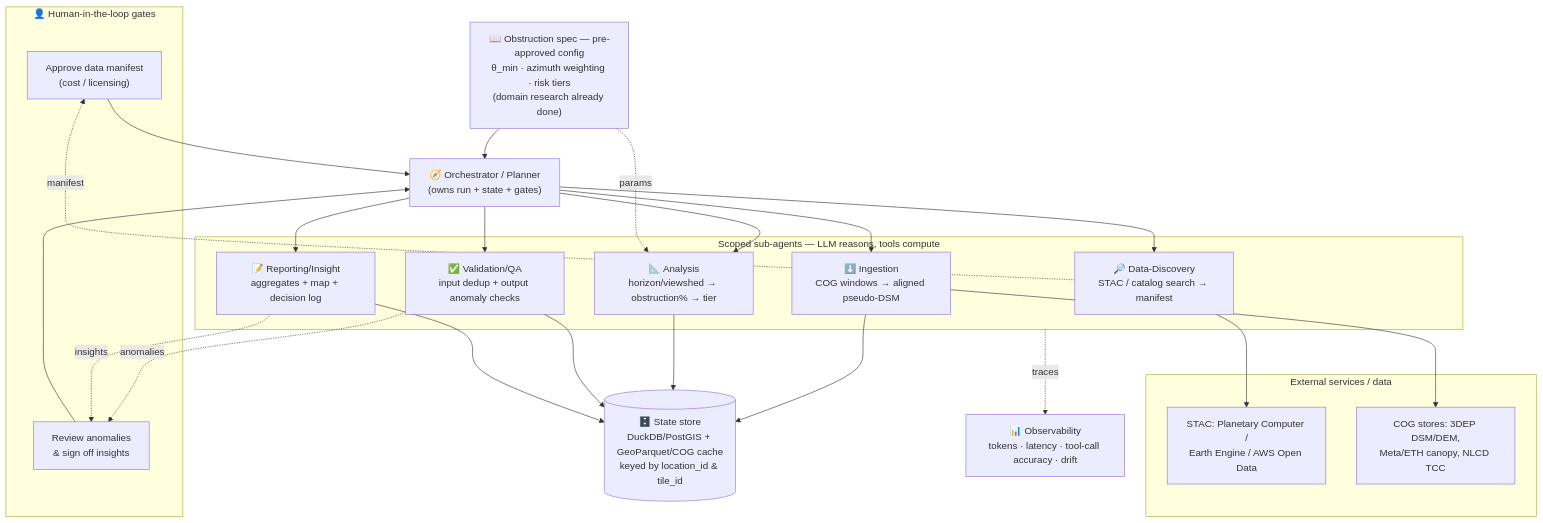
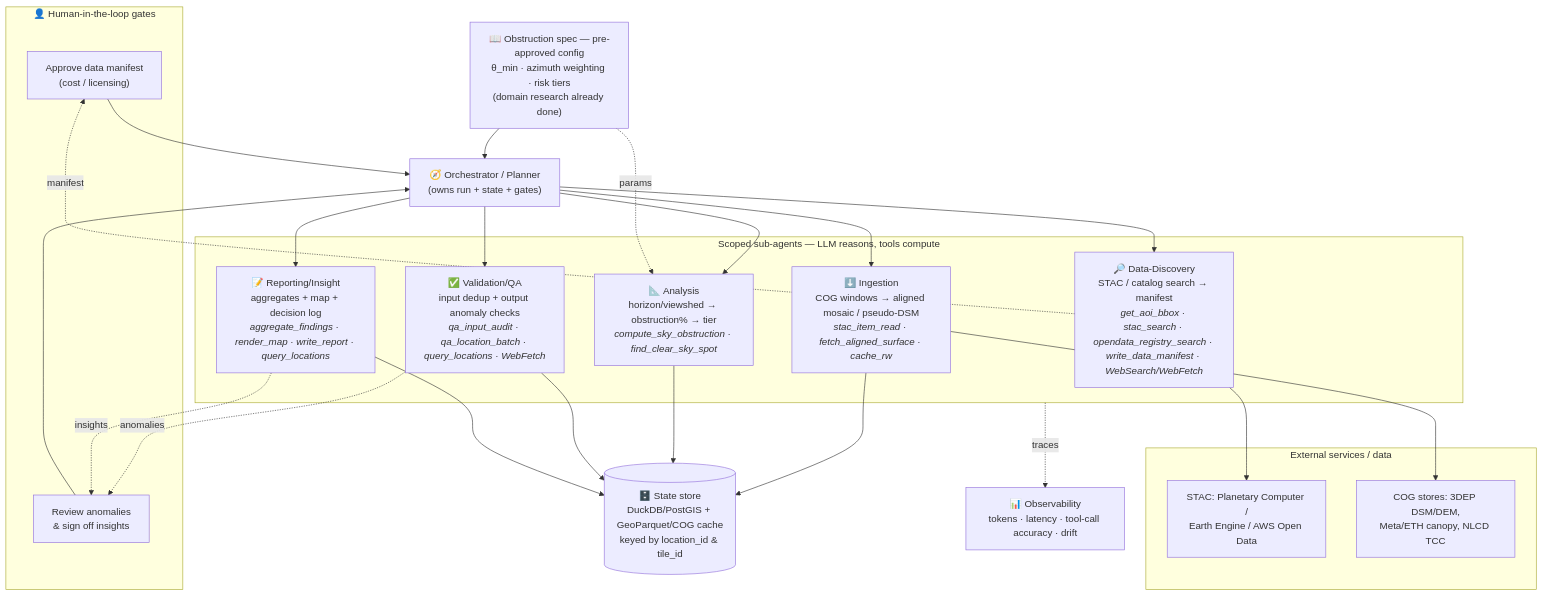
One commit to shaoyinz/leo-coverage-risk changed the diagram in docs/diagrams/architecture.mmd. Above: the diagram before and after it, drawn with Mermaid. The commit also changed 6 other files, not shown here.

First line of the commit message:
feat(analysis): persist agentic A3 findings from the tool stream

```diff
--- a/docs/diagrams/architecture.mmd
+++ b/docs/diagrams/architecture.mmd
@@ -1,42 +1,42 @@
 %% LEO coverage-risk pipeline — agent / tool / dataflow architecture.
 %% Mirrors the inline diagram in docs/architecture.md (six-role design).
 %% Render: https://mermaid.live or `mmdc -i architecture.mmd -o architecture.svg`
 
 flowchart TB
     subgraph Human["👤 Human-in-the-loop gates"]
         H1["Approve data manifest<br/>(cost / licensing)"]
         H2["Review anomalies<br/>& sign off insights"]
     end
 
     SPEC["📖 Obstruction spec — pre-approved config<br/>θ_min · azimuth weighting · risk tiers<br/>(domain research already done)"]
 
     ORCH["🧭 Orchestrator / Planner<br/>(owns run + state + gates)"]
 
     subgraph Agents["Scoped sub-agents — LLM reasons, tools compute"]
-        A1["🔎 Data-Discovery<br/>STAC / catalog search → manifest"]
-        A2["⬇️ Ingestion<br/>COG windows → aligned pseudo-DSM"]
-        A3["📐 Analysis<br/>horizon/viewshed → obstruction% → tier"]
-        A4["✅ Validation/QA<br/>input dedup + output anomaly checks"]
-        A5["📝 Reporting/Insight<br/>aggregates + map + decision log"]
+        A1["🔎 Data-Discovery<br/>STAC / catalog search → manifest<br/><i>get_aoi_bbox · stac_search · opendata_registry_search · write_data_manifest · WebSearch/WebFetch</i>"]
+        A2["⬇️ Ingestion<br/>COG windows → aligned mosaic / pseudo-DSM<br/><i>stac_item_read · fetch_aligned_surface · cache_rw</i>"]
+        A3["📐 Analysis<br/>horizon/viewshed → obstruction% → tier<br/><i>compute_sky_obstruction · find_clear_sky_spot</i>"]
+        A4["✅ Validation/QA<br/>input dedup + output anomaly checks<br/><i>qa_input_audit · qa_location_batch · query_locations · WebFetch</i>"]
+        A5["📝 Reporting/Insight<br/>aggregates + map + decision log<br/><i>aggregate_findings · render_map · write_report · query_locations</i>"]
     end
 
     subgraph Ext["External services / data"]
         E1["STAC: Planetary Computer /<br/>Earth Engine / AWS Open Data"]
         E2["COG stores: 3DEP DSM/DEM,<br/>Meta/ETH canopy, NLCD TCC"]
     end
 
     STATE[("🗄️ State store<br/>DuckDB/PostGIS + GeoParquet/COG cache<br/>keyed by location_id & tile_id")]
     OBS["📊 Observability<br/>tokens · latency · tool-call accuracy · drift"]
 
     SPEC --> ORCH
     ORCH --> A1 --> E1
     A1 -.manifest.-> H1 --> ORCH
     ORCH --> A2 --> E2
     A2 --> STATE
     ORCH --> A3 --> STATE
     SPEC -.params.-> A3
     ORCH --> A4 --> STATE
     A4 -.anomalies.-> H2 --> ORCH
     ORCH --> A5 --> STATE
     A5 -.insights.-> H2
     Agents -.traces.-> OBS
```
